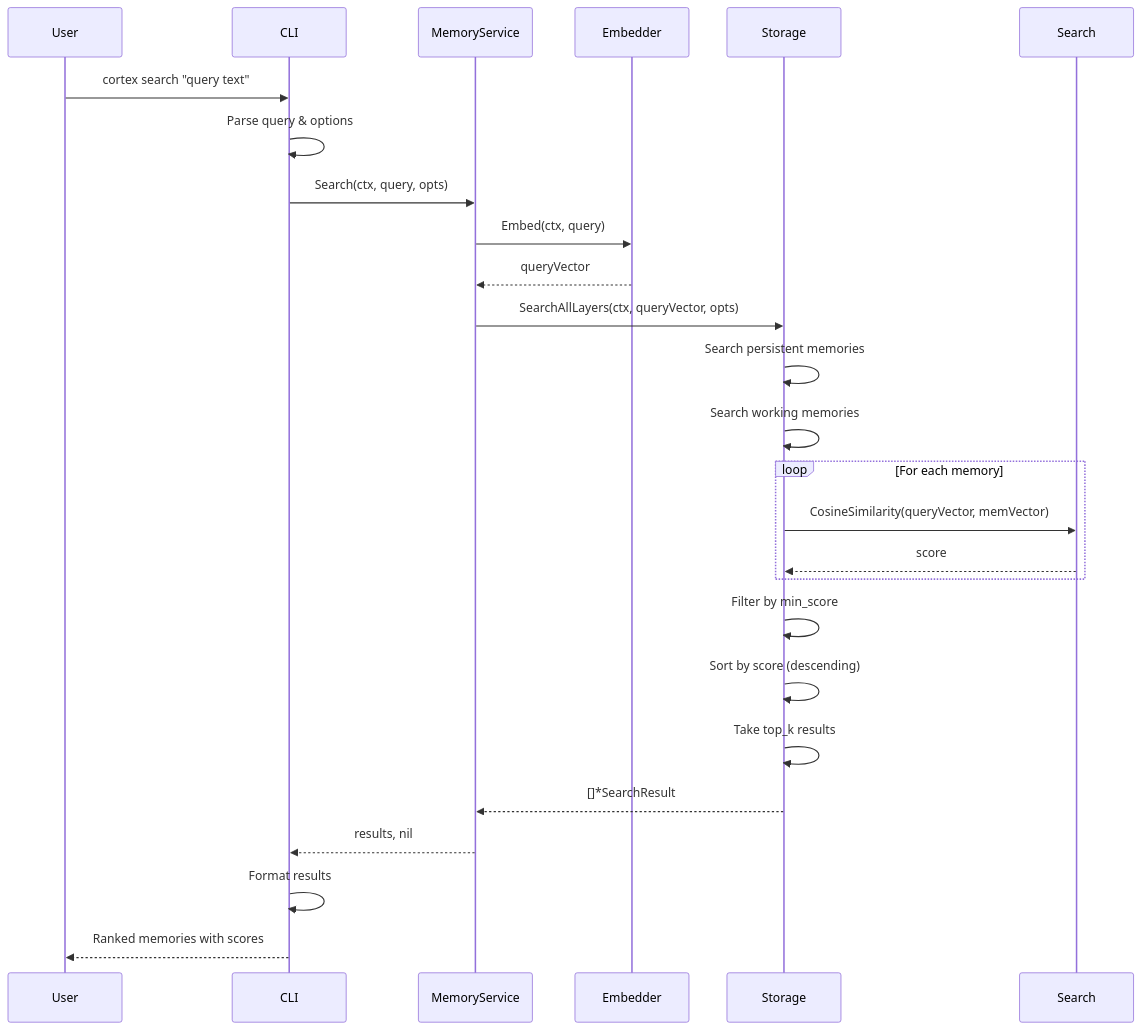
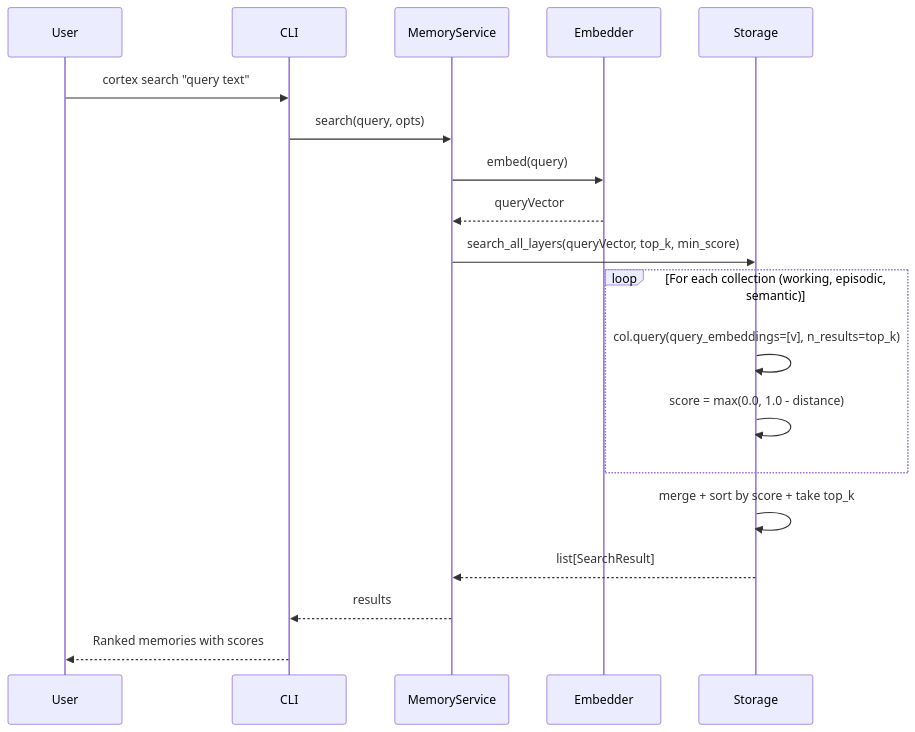
The sixth of 8 diagrams in .agents/instructions/overview.md (fmatsos/cortex), drawn with Mermaid before and after one commit. The commit also changed other lines of this file and 193 other files, not shown here.

````diff
--- a/.agents/instructions/overview.md
+++ b/.agents/instructions/overview.md
@@ -418,32 +340,24 @@
 ```mermaid
 sequenceDiagram
     participant User
     participant CLI
     participant MemoryService
     participant Embedder
     participant Storage
-    participant Search
 
     User->>CLI: cortex search "query text"
-    CLI->>CLI: Parse query & options
-    CLI->>MemoryService: Search(ctx, query, opts)
-    MemoryService->>Embedder: Embed(ctx, query)
+    CLI->>MemoryService: search(query, opts)
+    MemoryService->>Embedder: embed(query)
     Embedder-->>MemoryService: queryVector
-    MemoryService->>Storage: SearchAllLayers(ctx, queryVector, opts)
+    MemoryService->>Storage: search_all_layers(queryVector, top_k, min_score)
 
-    Storage->>Storage: Search persistent memories
-    Storage->>Storage: Search working memories
-
-    loop For each memory
-        Storage->>Search: CosineSimilarity(queryVector, memVector)
-        Search-->>Storage: score
+    loop For each collection (working, episodic, semantic)
+        Storage->>Storage: col.query(query_embeddings=[v], n_results=top_k)
+        Storage->>Storage: score = max(0.0, 1.0 - distance)
     end
 
-    Storage->>Storage: Filter by min_score
-    Storage->>Storage: Sort by score (descending)
-    Storage->>Storage: Take top_k results
-    Storage-->>MemoryService: []*SearchResult
-    MemoryService-->>CLI: results, nil
-    CLI->>CLI: Format results
+    Storage->>Storage: merge + sort by score + take top_k
+    Storage-->>MemoryService: list[SearchResult]
+    MemoryService-->>CLI: results
     CLI-->>User: Ranked memories with scores
 ```
````
